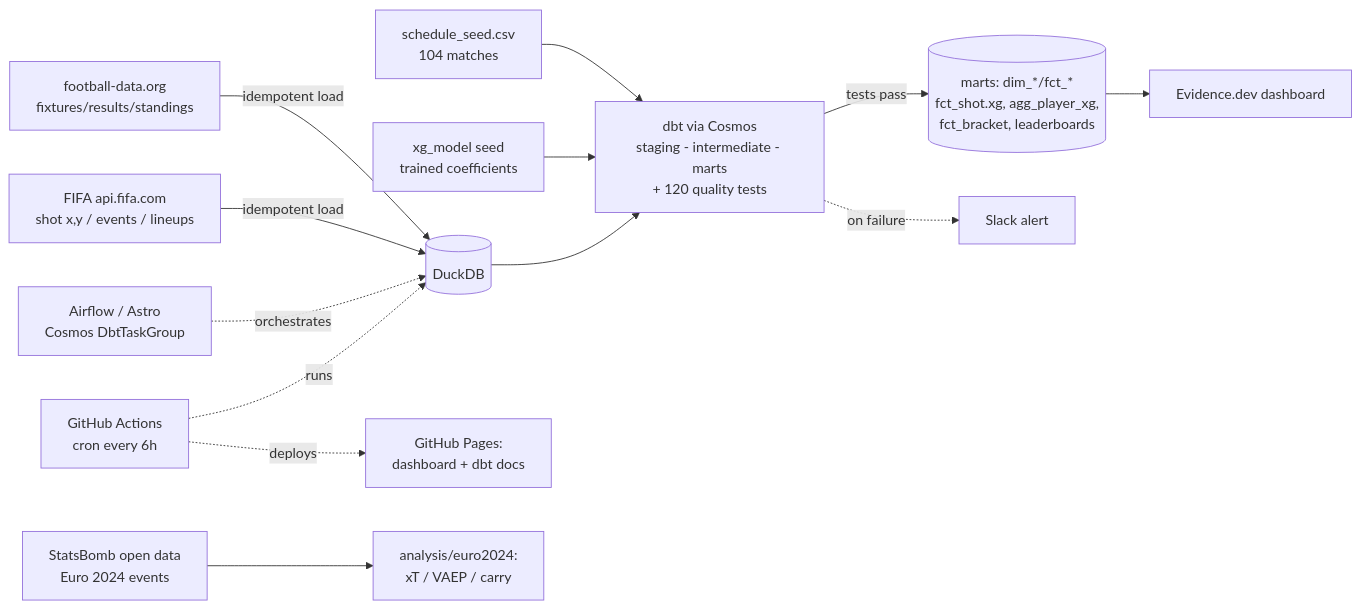
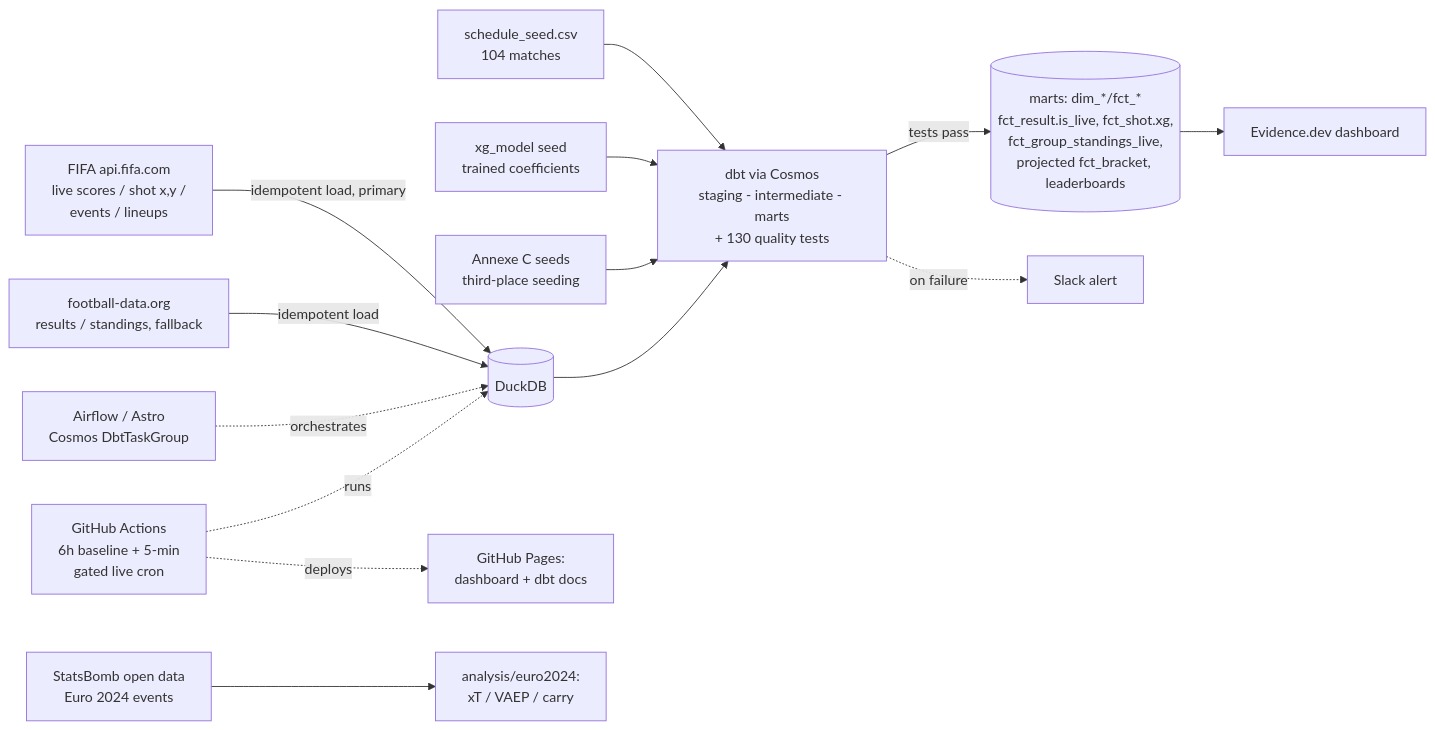
One commit to aatrey56/worldcup26-elt changed the diagram in README.md. Above: the diagram before and after it, drawn with Mermaid. The commit also changed other lines of this file, not shown here.

First line of the commit message:
docs: update README for live features (FIFA-primary, live standings, projected bracket, near-live cron)

````diff
--- a/README.md
+++ b/README.md
@@ -23,15 +26,16 @@
 ```mermaid
 flowchart LR
-    fd[football-data.org<br/>fixtures/results/standings] -->|idempotent load| duck[(DuckDB)]
-    fifa[FIFA api.fifa.com<br/>shot x,y / events / lineups] -->|idempotent load| duck
+    fifa[FIFA api.fifa.com<br/>live scores / shot x,y /<br/>events / lineups] -->|idempotent load, primary| duck[(DuckDB)]
+    fd[football-data.org<br/>results / standings, fallback] -->|idempotent load| duck
     seed[schedule_seed.csv<br/>104 matches] --> dbt
     xgseed[xg_model seed<br/>trained coefficients] --> dbt
-    duck --> dbt[dbt via Cosmos<br/>staging - intermediate - marts<br/>+ 120 quality tests]
-    dbt -->|tests pass| marts[(marts: dim_*/fct_*<br/>fct_shot.xg, agg_player_xg,<br/>fct_bracket, leaderboards)]
+    annex[Annexe C seeds<br/>third-place seeding] --> dbt
+    duck --> dbt[dbt via Cosmos<br/>staging - intermediate - marts<br/>+ 130 quality tests]
+    dbt -->|tests pass| marts[(marts: dim_*/fct_*<br/>fct_result.is_live, fct_shot.xg,<br/>fct_group_standings_live,<br/>projected fct_bracket, leaderboards)]
     marts --> dash[Evidence.dev dashboard]
     airflow[Airflow / Astro<br/>Cosmos DbtTaskGroup] -.orchestrates.-> duck
-    gha[GitHub Actions<br/>cron every 6h] -.runs.-> duck
+    gha[GitHub Actions<br/>6h baseline + 5-min<br/>gated live cron] -.runs.-> duck
     gha -.deploys.-> pages[GitHub Pages:<br/>dashboard + dbt docs]
     dbt -.on failure.-> slack[Slack alert]
     sb[StatsBomb open data<br/>Euro 2024 events] --> analysis[analysis/euro2024:<br/>xT / VAEP / carry]
 ```
````
